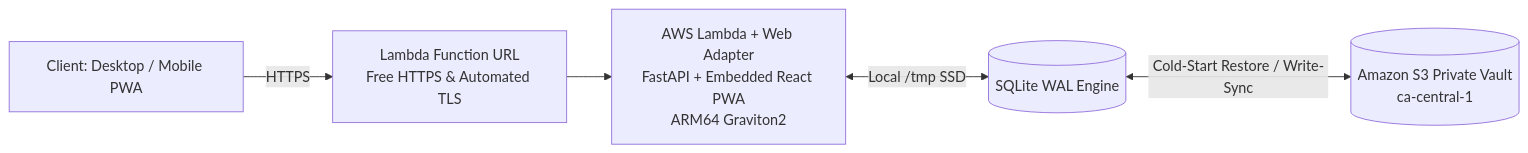
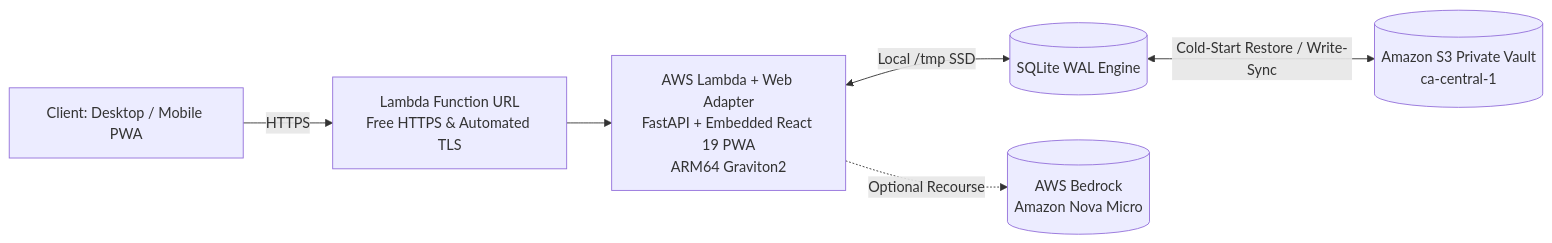
Before and after one commit to michaelsanford/Folio: the second of 2 diagrams in README.md, drawn with Mermaid. The commit also changed other lines of this file, not shown here.

````diff
--- a/README.md
+++ b/README.md
@@ -80,7 +205,8 @@
 ```mermaid
 flowchart LR
     User[Client: Desktop / Mobile PWA] -->|HTTPS| FURL[Lambda Function URL<br/>Free HTTPS & Automated TLS]
-    FURL --> LWA[AWS Lambda + Web Adapter<br/>FastAPI + Embedded React PWA<br/>ARM64 Graviton2]
+    FURL --> LWA[AWS Lambda + Web Adapter<br/>FastAPI + Embedded React 19 PWA<br/>ARM64 Graviton2]
     LWA <-->|Local /tmp SSD| DB[(SQLite WAL Engine)]
     DB <-->|Cold-Start Restore / Write-Sync| S3[(Amazon S3 Private Vault<br/>ca-central-1)]
+    LWA -.->|Optional Recourse| BR[(AWS Bedrock<br/>Amazon Nova Micro)]
 ```
````
